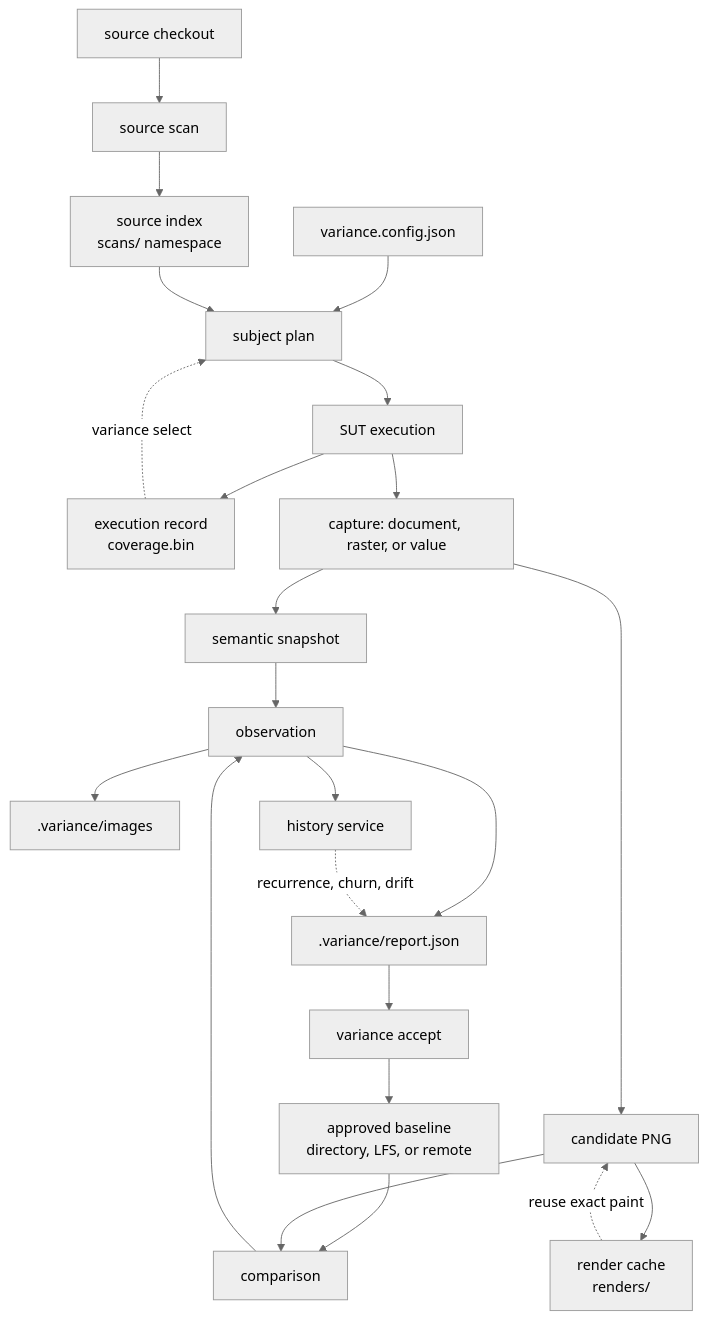
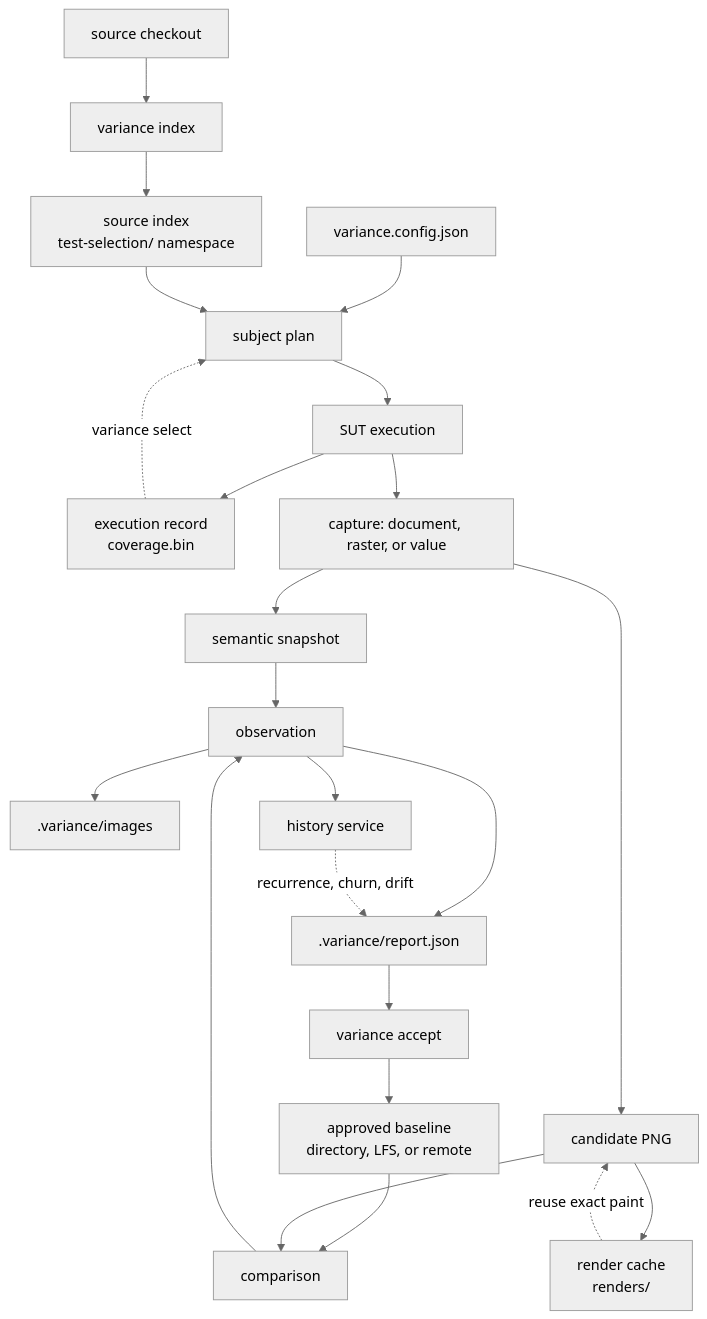
Before and after one commit to Variance-Authority/variance-authority: the diagram in docs/information.md, drawn with Mermaid (neutral theme). The commit also changed other lines of this file and 46 other files, not shown here.

First line of the commit message:
feat(index): one step publishes the source index, and every graph reader reads it

````diff
--- a/docs/information.md
+++ b/docs/information.md
@@ -189,32 +189,32 @@
 ```mermaid
 flowchart TD
   accTitle: What a run reads and what it writes
   accDescr: Configuration, checkout and SUT host produce a report, review images, and the caches and stores a later run reads back.
   Config["variance.config.json"] --> Plan["subject plan"]
-  Checkout["source checkout"] --> Scan["source scan"]
-  Scan --> SourceStore["source index<br/>scans/ namespace"]
+  Checkout["source checkout"] --> Scan["variance index"]
+  Scan --> SourceStore["source index<br/>test-selection/ namespace"]
   SourceStore --> Plan
 
   Plan --> Exec["SUT execution"]
   Exec --> Coverage["execution record<br/>coverage.bin"]
   Exec --> Capture["capture: document, raster, or value"]
 
   Capture --> Snapshot["semantic snapshot"]
   Capture --> Candidate["candidate PNG"]
   RenderCache["render cache<br/>renders/"] -. "reuse exact paint" .-> Candidate
   Candidate --> RenderCache
 
   Baseline["approved baseline<br/>directory, LFS, or remote"] --> Compare["comparison"]
   Candidate --> Compare
   Snapshot --> Observation["observation"]
   Compare --> Observation
 
   Observation --> Report[".variance/report.json"]
   Observation --> RunImages[".variance/images"]
   Report --> Accept["variance accept"]
   Accept --> Baseline
 
   Observation --> History["history service"]
   History -. "recurrence, churn, drift" .-> Report
   Coverage -. "variance select" .-> Plan
 ```
````
